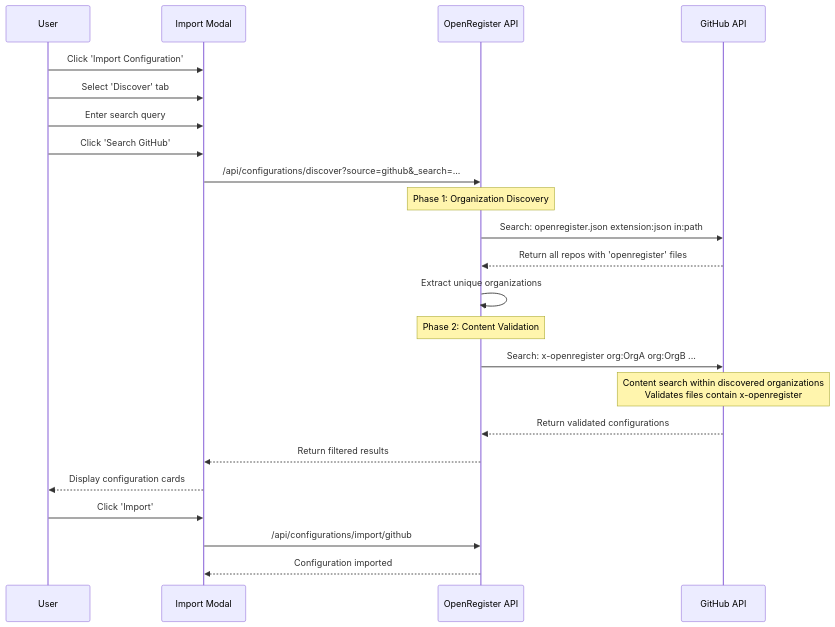
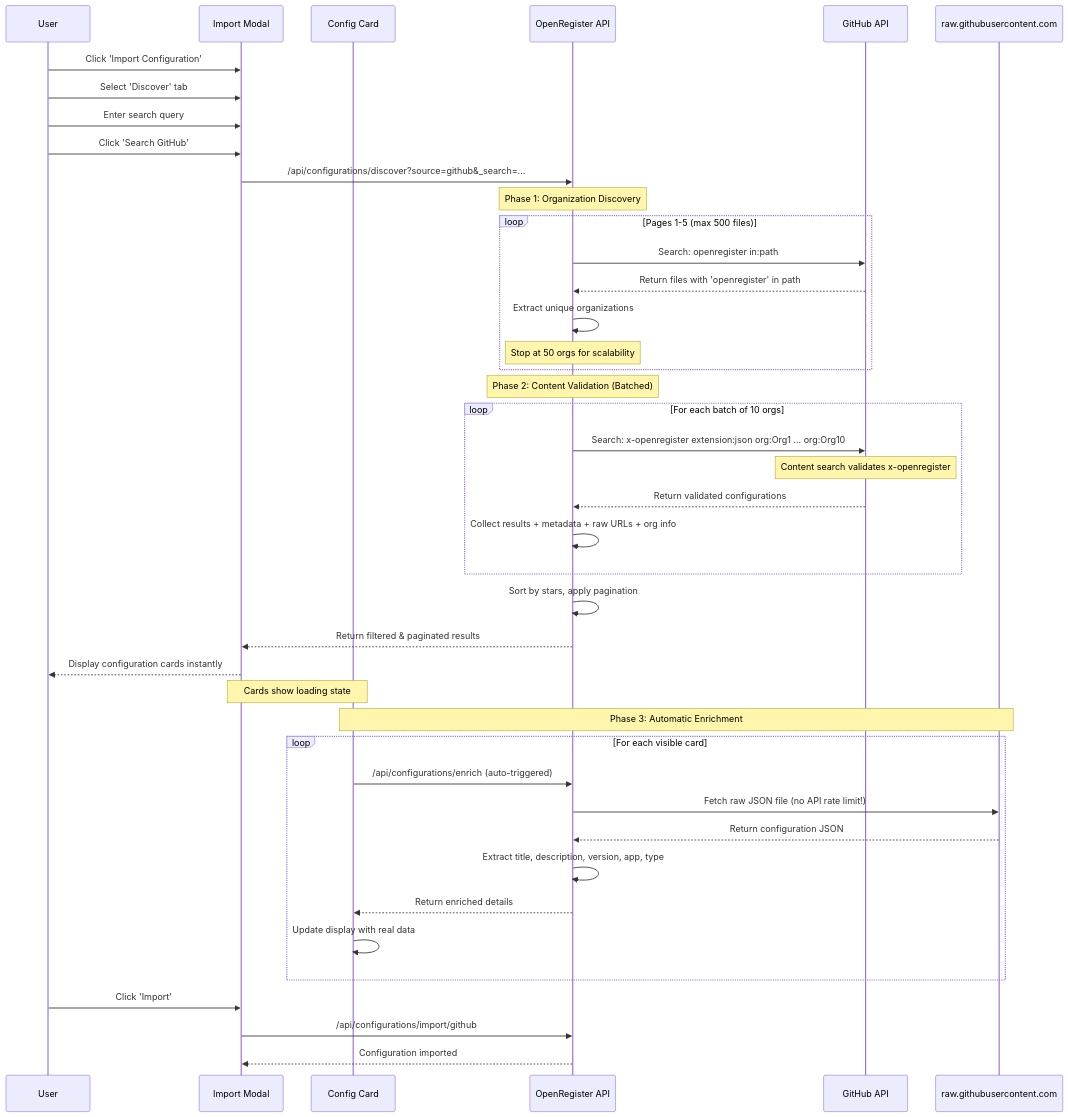
Before and after one commit to ConductionNL/openregister: the eighth of 14 diagrams in website/docs/Features/configurations.md, drawn with Mermaid. The commit also changed other lines of this file and 18 other files, not shown here.

````diff
--- a/website/docs/Features/configurations.md
+++ b/website/docs/Features/configurations.md
@@ -334,29 +368,50 @@
 ```mermaid
 sequenceDiagram
     participant User
     participant UI as Import Modal
+    participant Card as Config Card
     participant API as OpenRegister API
     participant GitHub as GitHub API
+    participant Raw as raw.githubusercontent.com
     
     User->>UI: Click 'Import Configuration'
     User->>UI: Select 'Discover' tab
     User->>UI: Enter search query
     User->>UI: Click 'Search GitHub'
     UI->>API: /api/configurations/discover?source=github&_search=...
     
     Note over API: Phase 1: Organization Discovery
-    API->>GitHub: Search: openregister.json extension:json in:path
-    GitHub-->>API: Return all repos with 'openregister' files
-    API->>API: Extract unique organizations
+    loop Pages 1-5 (max 500 files)
+        API->>GitHub: Search: openregister in:path
+        GitHub-->>API: Return files with 'openregister' in path
+        API->>API: Extract unique organizations
+        Note over API: Stop at 50 orgs for scalability
+    end
     
-    Note over API: Phase 2: Content Validation
-    API->>GitHub: Search: x-openregister org:OrgA org:OrgB ...
-    Note over GitHub: Content search within discovered organizations<br/>Validates files contain x-openregister
-    GitHub-->>API: Return validated configurations
+    Note over API: Phase 2: Content Validation (Batched)
+    loop For each batch of 10 orgs
+        API->>GitHub: Search: x-openregister extension:json org:Org1 ... org:Org10
+        Note over GitHub: Content search validates x-openregister
+        GitHub-->>API: Return validated configurations
+        API->>API: Collect results + metadata + raw URLs + org info
+    end
     
-    API-->>UI: Return filtered results
-    UI-->>User: Display configuration cards
+    API->>API: Sort by stars, apply pagination
+    API-->>UI: Return filtered & paginated results
+    UI-->>User: Display configuration cards instantly
+    Note over UI,Card: Cards show loading state
+    
+    Note over Card,Raw: Phase 3: Automatic Enrichment
+    loop For each visible card
+        Card->>API: /api/configurations/enrich (auto-triggered)
+        API->>Raw: Fetch raw JSON file (no API rate limit!)
+        Raw-->>API: Return configuration JSON
+        API->>API: Extract title, description, version, app, type
+        API-->>Card: Return enriched details
+        Card->>Card: Update display with real data
+    end
+    
     User->>UI: Click 'Import'
     UI->>API: /api/configurations/import/github
     API-->>UI: Configuration imported
 ```
````
